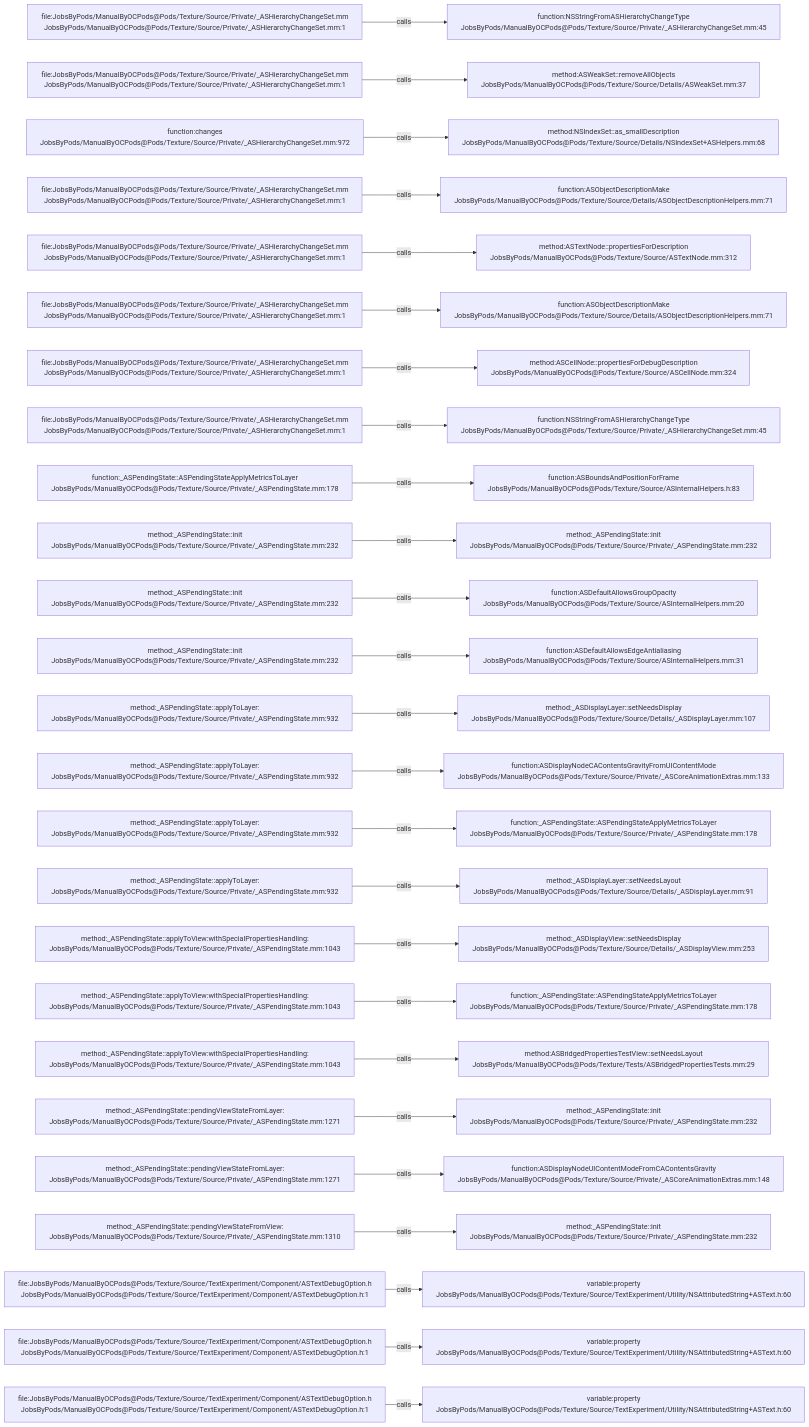
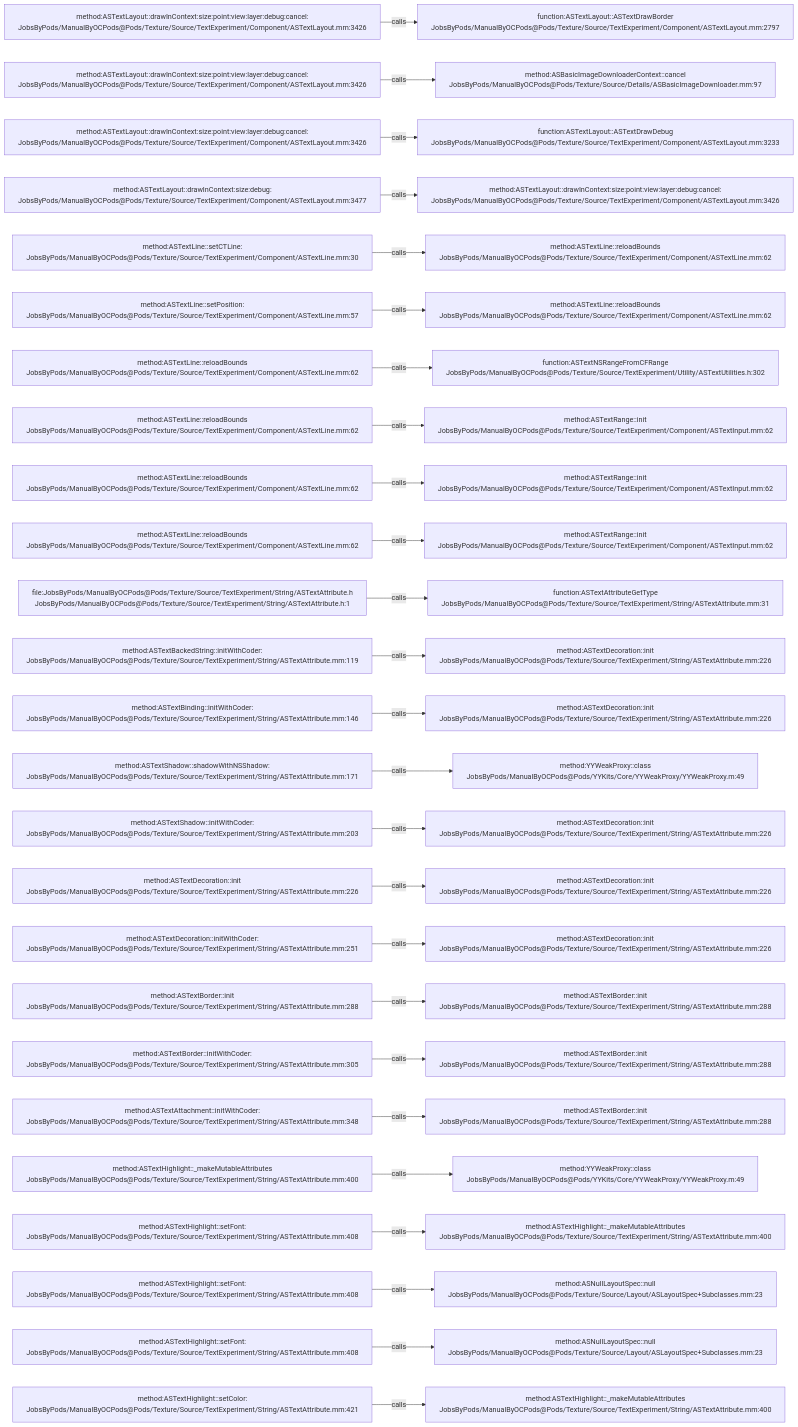
One commit to JobsKits/JobsOCBaseConfigDemo changed the diagram in .codegraph/codegraph.md/graphs/calls-191.md. Above: the diagram before and after it, drawn with Mermaid. The commit also changed 2723 other files, not shown here.

````diff
--- a/.codegraph/codegraph.md/graphs/calls-191.md
+++ b/.codegraph/codegraph.md/graphs/calls-191.md
@@ -13,78 +13,78 @@
 ```mermaid
 flowchart LR
-  S1["file:JobsByPods/ManualByOCPods@Pods/Texture/Source/Private/_ASHierarchyChangeSet.mm<br/>JobsByPods/ManualByOCPods@Pods/Texture/Source/Private/_ASHierarchyChangeSet.mm:1"]
-  T1["function:NSStringFromASHierarchyChangeType<br/>JobsByPods/ManualByOCPods@Pods/Texture/Source/Private/_ASHierarchyChangeSet.mm:45"]
+  S1["method:ASTextLayout::drawInContext:size:point:view:layer:debug:cancel:<br/>JobsByPods/ManualByOCPods@Pods/Texture/Source/TextExperiment/Component/ASTextLayout.mm:3426"]
+  T1["function:ASTextLayout::ASTextDrawBorder<br/>JobsByPods/ManualByOCPods@Pods/Texture/Source/TextExperiment/Component/ASTextLayout.mm:2797"]
   S1 -->|calls| T1
-  S2["file:JobsByPods/ManualByOCPods@Pods/Texture/Source/Private/_ASHierarchyChangeSet.mm<br/>JobsByPods/ManualByOCPods@Pods/Texture/Source/Private/_ASHierarchyChangeSet.mm:1"]
-  T2["method:ASWeakSet::removeAllObjects<br/>JobsByPods/ManualByOCPods@Pods/Texture/Source/Details/ASWeakSet.mm:37"]
+  S2["method:ASTextLayout::drawInContext:size:point:view:layer:debug:cancel:<br/>JobsByPods/ManualByOCPods@Pods/Texture/Source/TextExperiment/Component/ASTextLayout.mm:3426"]
+  T2["method:ASBasicImageDownloaderContext::cancel<br/>JobsByPods/ManualByOCPods@Pods/Texture/Source/Details/ASBasicImageDownloader.mm:97"]
   S2 -->|calls| T2
-  S3["function:changes<br/>JobsByPods/ManualByOCPods@Pods/Texture/Source/Private/_ASHierarchyChangeSet.mm:972"]
-  T3["method:NSIndexSet::as_smallDescription<br/>JobsByPods/ManualByOCPods@Pods/Texture/Source/Details/NSIndexSet+ASHelpers.mm:68"]
+  S3["method:ASTextLayout::drawInContext:size:point:view:layer:debug:cancel:<br/>JobsByPods/ManualByOCPods@Pods/Texture/Source/TextExperiment/Component/ASTextLayout.mm:3426"]
+  T3["function:ASTextLayout::ASTextDrawDebug<br/>JobsByPods/ManualByOCPods@Pods/Texture/Source/TextExperiment/Component/ASTextLayout.mm:3233"]
   S3 -->|calls| T3
-  S4["file:JobsByPods/ManualByOCPods@Pods/Texture/Source/Private/_ASHierarchyChangeSet.mm<br/>JobsByPods/ManualByOCPods@Pods/Texture/Source/Private/_ASHierarchyChangeSet.mm:1"]
-  T4["function:ASObjectDescriptionMake<br/>JobsByPods/ManualByOCPods@Pods/Texture/Source/Details/ASObjectDescriptionHelpers.mm:71"]
+  S4["method:ASTextLayout::drawInContext:size:debug:<br/>JobsByPods/ManualByOCPods@Pods/Texture/Source/TextExperiment/Component/ASTextLayout.mm:3477"]
+  T4["method:ASTextLayout::drawInContext:size:point:view:layer:debug:cancel:<br/>JobsByPods/ManualByOCPods@Pods/Texture/Source/TextExperiment/Component/ASTextLayout.mm:3426"]
   S4 -->|calls| T4
-  S5["file:JobsByPods/ManualByOCPods@Pods/Texture/Source/Private/_ASHierarchyChangeSet.mm<br/>JobsByPods/ManualByOCPods@Pods/Texture/Source/Private/_ASHierarchyChangeSet.mm:1"]
-  T5["method:ASTextNode::propertiesForDescription<br/>JobsByPods/ManualByOCPods@Pods/Texture/Source/ASTextNode.mm:312"]
+  S5["method:ASTextLine::setCTLine:<br/>JobsByPods/ManualByOCPods@Pods/Texture/Source/TextExperiment/Component/ASTextLine.mm:30"]
+  T5["method:ASTextLine::reloadBounds<br/>JobsByPods/ManualByOCPods@Pods/Texture/Source/TextExperiment/Component/ASTextLine.mm:62"]
   S5 -->|calls| T5
-  S6["file:JobsByPods/ManualByOCPods@Pods/Texture/Source/Private/_ASHierarchyChangeSet.mm<br/>JobsByPods/ManualByOCPods@Pods/Texture/Source/Private/_ASHierarchyChangeSet.mm:1"]
-  T6["function:ASObjectDescriptionMake<br/>JobsByPods/ManualByOCPods@Pods/Texture/Source/Details/ASObjectDescriptionHelpers.mm:71"]
+  S6["method:ASTextLine::setPosition:<br/>JobsByPods/ManualByOCPods@Pods/Texture/Source/TextExperiment/Component/ASTextLine.mm:57"]
+  T6["method:ASTextLine::reloadBounds<br/>JobsByPods/ManualByOCPods@Pods/Texture/Source/TextExperiment/Component/ASTextLine.mm:62"]
   S6 -->|calls| T6
-  S7["file:JobsByPods/ManualByOCPods@Pods/Texture/Source/Private/_ASHierarchyChangeSet.mm<br/>JobsByPods/ManualByOCPods@Pods/Texture/Source/Private/_ASHierarchyChangeSet.mm:1"]
-  T7["method:ASCellNode::propertiesForDebugDescription<br/>JobsByPods/ManualByOCPods@Pods/Texture/Source/ASCellNode.mm:324"]
+  S7["method:ASTextLine::reloadBounds<br/>JobsByPods/ManualByOCPods@Pods/Texture/Source/TextExperiment/Component/ASTextLine.mm:62"]
+  T7["function:ASTextNSRangeFromCFRange<br/>JobsByPods/ManualByOCPods@Pods/Texture/Source/TextExperiment/Utility/ASTextUtilities.h:302"]
   S7 -->|calls| T7
-  S8["file:JobsByPods/ManualByOCPods@Pods/Texture/Source/Private/_ASHierarchyChangeSet.mm<br/>JobsByPods/ManualByOCPods@Pods/Texture/Source/Private/_ASHierarchyChangeSet.mm:1"]
-  T8["function:NSStringFromASHierarchyChangeType<br/>JobsByPods/ManualByOCPods@Pods/Texture/Source/Private/_ASHierarchyChangeSet.mm:45"]
+  S8["method:ASTextLine::reloadBounds<br/>JobsByPods/ManualByOCPods@Pods/Texture/Source/TextExperiment/Component/ASTextLine.mm:62"]
+  T8["method:ASTextRange::init<br/>JobsByPods/ManualByOCPods@Pods/Texture/Source/TextExperiment/Component/ASTextInput.mm:62"]
   S8 -->|calls| T8
-  S9["function:_ASPendingState::ASPendingStateApplyMetricsToLayer<br/>JobsByPods/ManualByOCPods@Pods/Texture/Source/Private/_ASPendingState.mm:178"]
-  T9["function:ASBoundsAndPositionForFrame<br/>JobsByPods/ManualByOCPods@Pods/Texture/Source/ASInternalHelpers.h:83"]
+  S9["method:ASTextLine::reloadBounds<br/>JobsByPods/ManualByOCPods@Pods/Texture/Source/TextExperiment/Component/ASTextLine.mm:62"]
+  T9["method:ASTextRange::init<br/>JobsByPods/ManualByOCPods@Pods/Texture/Source/TextExperiment/Component/ASTextInput.mm:62"]
   S9 -->|calls| T9
-  S10["method:_ASPendingState::init<br/>JobsByPods/ManualByOCPods@Pods/Texture/Source/Private/_ASPendingState.mm:232"]
-  T10["method:_ASPendingState::init<br/>JobsByPods/ManualByOCPods@Pods/Texture/Source/Private/_ASPendingState.mm:232"]
+  S10["method:ASTextLine::reloadBounds<br/>JobsByPods/ManualByOCPods@Pods/Texture/Source/TextExperiment/Component/ASTextLine.mm:62"]
+  T10["method:ASTextRange::init<br/>JobsByPods/ManualByOCPods@Pods/Texture/Source/TextExperiment/Component/ASTextInput.mm:62"]
   S10 -->|calls| T10
-  S11["method:_ASPendingState::init<br/>JobsByPods/ManualByOCPods@Pods/Texture/Source/Private/_ASPendingState.mm:232"]
-  T11["function:ASDefaultAllowsGroupOpacity<br/>JobsByPods/ManualByOCPods@Pods/Texture/Source/ASInternalHelpers.mm:20"]
+  S11["file:JobsByPods/ManualByOCPods@Pods/Texture/Source/TextExperiment/String/ASTextAttribute.h<br/>JobsByPods/ManualByOCPods@Pods/Texture/Source/TextExperiment/String/ASTextAttribute.h:1"]
+  T11["function:ASTextAttributeGetType<br/>JobsByPods/ManualByOCPods@Pods/Texture/Source/TextExperiment/String/ASTextAttribute.mm:31"]
   S11 -->|calls| T11
-  S12["method:_ASPendingState::init<br/>JobsByPods/ManualByOCPods@Pods/Texture/Source/Private/_ASPendingState.mm:232"]
-  T12["function:ASDefaultAllowsEdgeAntialiasing<br/>JobsByPods/ManualByOCPods@Pods/Texture/Source/ASInternalHelpers.mm:31"]
+  S12["method:ASTextBackedString::initWithCoder:<br/>JobsByPods/ManualByOCPods@Pods/Texture/Source/TextExperiment/String/ASTextAttribute.mm:119"]
+  T12["method:ASTextDecoration::init<br/>JobsByPods/ManualByOCPods@Pods/Texture/Source/TextExperiment/String/ASTextAttribute.mm:226"]
   S12 -->|calls| T12
-  S13["method:_ASPendingState::applyToLayer:<br/>JobsByPods/ManualByOCPods@Pods/Texture/Source/Private/_ASPendingState.mm:932"]
-  T13["method:_ASDisplayLayer::setNeedsDisplay<br/>JobsByPods/ManualByOCPods@Pods/Texture/Source/Details/_ASDisplayLayer.mm:107"]
+  S13["method:ASTextBinding::initWithCoder:<br/>JobsByPods/ManualByOCPods@Pods/Texture/Source/TextExperiment/String/ASTextAttribute.mm:146"]
+  T13["method:ASTextDecoration::init<br/>JobsByPods/ManualByOCPods@Pods/Texture/Source/TextExperiment/String/ASTextAttribute.mm:226"]
   S13 -->|calls| T13
-  S14["method:_ASPendingState::applyToLayer:<br/>JobsByPods/ManualByOCPods@Pods/Texture/Source/Private/_ASPendingState.mm:932"]
-  T14["function:ASDisplayNodeCAContentsGravityFromUIContentMode<br/>JobsByPods/ManualByOCPods@Pods/Texture/Source/Private/_ASCoreAnimationExtras.mm:133"]
+  S14["method:ASTextShadow::shadowWithNSShadow:<br/>JobsByPods/ManualByOCPods@Pods/Texture/Source/TextExperiment/String/ASTextAttribute.mm:171"]
+  T14["method:YYWeakProxy::class<br/>JobsByPods/ManualByOCPods@Pods/YYKits/Core/YYWeakProxy/YYWeakProxy.m:49"]
   S14 -->|calls| T14
-  S15["method:_ASPendingState::applyToLayer:<br/>JobsByPods/ManualByOCPods@Pods/Texture/Source/Private/_ASPendingState.mm:932"]
-  T15["function:_ASPendingState::ASPendingStateApplyMetricsToLayer<br/>JobsByPods/ManualByOCPods@Pods/Texture/Source/Private/_ASPendingState.mm:178"]
+  S15["method:ASTextShadow::initWithCoder:<br/>JobsByPods/ManualByOCPods@Pods/Texture/Source/TextExperiment/String/ASTextAttribute.mm:203"]
+  T15["method:ASTextDecoration::init<br/>JobsByPods/ManualByOCPods@Pods/Texture/Source/TextExperiment/String/ASTextAttribute.mm:226"]
   S15 -->|calls| T15
-  S16["method:_ASPendingState::applyToLayer:<br/>JobsByPods/ManualByOCPods@Pods/Texture/Source/Private/_ASPendingState.mm:932"]
-  T16["method:_ASDisplayLayer::setNeedsLayout<br/>JobsByPods/ManualByOCPods@Pods/Texture/Source/Details/_ASDisplayLayer.mm:91"]
+  S16["method:ASTextDecoration::init<br/>JobsByPods/ManualByOCPods@Pods/Texture/Source/TextExperiment/String/ASTextAttribute.mm:226"]
+  T16["method:ASTextDecoration::init<br/>JobsByPods/ManualByOCPods@Pods/Texture/Source/TextExperiment/String/ASTextAttribute.mm:226"]
   S16 -->|calls| T16
-  S17["method:_ASPendingState::applyToView:withSpecialPropertiesHandling:<br/>JobsByPods/ManualByOCPods@Pods/Texture/Source/Private/_ASPendingState.mm:1043"]
-  T17["method:_ASDisplayView::setNeedsDisplay<br/>JobsByPods/ManualByOCPods@Pods/Texture/Source/Details/_ASDisplayView.mm:253"]
+  S17["method:ASTextDecoration::initWithCoder:<br/>JobsByPods/ManualByOCPods@Pods/Texture/Source/TextExperiment/String/ASTextAttribute.mm:251"]
+  T17["method:ASTextDecoration::init<br/>JobsByPods/ManualByOCPods@Pods/Texture/Source/TextExperiment/String/ASTextAttribute.mm:226"]
   S17 -->|calls| T17
-  S18["method:_ASPendingState::applyToView:withSpecialPropertiesHandling:<br/>JobsByPods/ManualByOCPods@Pods/Texture/Source/Private/_ASPendingState.mm:1043"]
-  T18["function:_ASPendingState::ASPendingStateApplyMetricsToLayer<br/>JobsByPods/ManualByOCPods@Pods/Texture/Source/Private/_ASPendingState.mm:178"]
+  S18["method:ASTextBorder::init<br/>JobsByPods/ManualByOCPods@Pods/Texture/Source/TextExperiment/String/ASTextAttribute.mm:288"]
+  T18["method:ASTextBorder::init<br/>JobsByPods/ManualByOCPods@Pods/Texture/Source/TextExperiment/String/ASTextAttribute.mm:288"]
   S18 -->|calls| T18
-  S19["method:_ASPendingState::applyToView:withSpecialPropertiesHandling:<br/>JobsByPods/ManualByOCPods@Pods/Texture/Source/Private/_ASPendingState.mm:1043"]
-  T19["method:ASBridgedPropertiesTestView::setNeedsLayout<br/>JobsByPods/ManualByOCPods@Pods/Texture/Tests/ASBridgedPropertiesTests.mm:29"]
+  S19["method:ASTextBorder::initWithCoder:<br/>JobsByPods/ManualByOCPods@Pods/Texture/Source/TextExperiment/String/ASTextAttribute.mm:305"]
+  T19["method:ASTextBorder::init<br/>JobsByPods/ManualByOCPods@Pods/Texture/Source/TextExperiment/String/ASTextAttribute.mm:288"]
   S19 -->|calls| T19
-  S20["method:_ASPendingState::pendingViewStateFromLayer:<br/>JobsByPods/ManualByOCPods@Pods/Texture/Source/Private/_ASPendingState.mm:1271"]
-  T20["method:_ASPendingState::init<br/>JobsByPods/ManualByOCPods@Pods/Texture/Source/Private/_ASPendingState.mm:232"]
+  S20["method:ASTextAttachment::initWithCoder:<br/>JobsByPods/ManualByOCPods@Pods/Texture/Source/TextExperiment/String/ASTextAttribute.mm:348"]
+  T20["method:ASTextBorder::init<br/>JobsByPods/ManualByOCPods@Pods/Texture/Source/TextExperiment/String/ASTextAttribute.mm:288"]
   S20 -->|calls| T20
-  S21["method:_ASPendingState::pendingViewStateFromLayer:<br/>JobsByPods/ManualByOCPods@Pods/Texture/Source/Private/_ASPendingState.mm:1271"]
-  T21["function:ASDisplayNodeUIContentModeFromCAContentsGravity<br/>JobsByPods/ManualByOCPods@Pods/Texture/Source/Private/_ASCoreAnimationExtras.mm:148"]
+  S21["method:ASTextHighlight::_makeMutableAttributes<br/>JobsByPods/ManualByOCPods@Pods/Texture/Source/TextExperiment/String/ASTextAttribute.mm:400"]
+  T21["method:YYWeakProxy::class<br/>JobsByPods/ManualByOCPods@Pods/YYKits/Core/YYWeakProxy/YYWeakProxy.m:49"]
   S21 -->|calls| T21
-  S22["method:_ASPendingState::pendingViewStateFromView:<br/>JobsByPods/ManualByOCPods@Pods/Texture/Source/Private/_ASPendingState.mm:1310"]
-  T22["method:_ASPendingState::init<br/>JobsByPods/ManualByOCPods@Pods/Texture/Source/Private/_ASPendingState.mm:232"]
+  S22["method:ASTextHighlight::setFont:<br/>JobsByPods/ManualByOCPods@Pods/Texture/Source/TextExperiment/String/ASTextAttribute.mm:408"]
+  T22["method:ASTextHighlight::_makeMutableAttributes<br/>JobsByPods/ManualByOCPods@Pods/Texture/Source/TextExperiment/String/ASTextAttribute.mm:400"]
   S22 -->|calls| T22
-  S23["file:JobsByPods/ManualByOCPods@Pods/Texture/Source/TextExperiment/Component/ASTextDebugOption.h<br/>JobsByPods/ManualByOCPods@Pods/Texture/Source/TextExperiment/Component/ASTextDebugOption.h:1"]
-  T23["variable:property<br/>JobsByPods/ManualByOCPods@Pods/Texture/Source/TextExperiment/Utility/NSAttributedString+ASText.h:60"]
+  S23["method:ASTextHighlight::setFont:<br/>JobsByPods/ManualByOCPods@Pods/Texture/Source/TextExperiment/String/ASTextAttribute.mm:408"]
+  T23["method:ASNullLayoutSpec::null<br/>JobsByPods/ManualByOCPods@Pods/Texture/Source/Layout/ASLayoutSpec+Subclasses.mm:23"]
   S23 -->|calls| T23
-  S24["file:JobsByPods/ManualByOCPods@Pods/Texture/Source/TextExperiment/Component/ASTextDebugOption.h<br/>JobsByPods/ManualByOCPods@Pods/Texture/Source/TextExperiment/Component/ASTextDebugOption.h:1"]
-  T24["variable:property<br/>JobsByPods/ManualByOCPods@Pods/Texture/Source/TextExperiment/Utility/NSAttributedString+ASText.h:60"]
+  S24["method:ASTextHighlight::setFont:<br/>JobsByPods/ManualByOCPods@Pods/Texture/Source/TextExperiment/String/ASTextAttribute.mm:408"]
+  T24["method:ASNullLayoutSpec::null<br/>JobsByPods/ManualByOCPods@Pods/Texture/Source/Layout/ASLayoutSpec+Subclasses.mm:23"]
   S24 -->|calls| T24
-  S25["file:JobsByPods/ManualByOCPods@Pods/Texture/Source/TextExperiment/Component/ASTextDebugOption.h<br/>JobsByPods/ManualByOCPods@Pods/Texture/Source/TextExperiment/Component/ASTextDebugOption.h:1"]
-  T25["variable:property<br/>JobsByPods/ManualByOCPods@Pods/Texture/Source/TextExperiment/Utility/NSAttributedString+ASText.h:60"]
+  S25["method:ASTextHighlight::setColor:<br/>JobsByPods/ManualByOCPods@Pods/Texture/Source/TextExperiment/String/ASTextAttribute.mm:421"]
+  T25["method:ASTextHighlight::_makeMutableAttributes<br/>JobsByPods/ManualByOCPods@Pods/Texture/Source/TextExperiment/String/ASTextAttribute.mm:400"]
   S25 -->|calls| T25
 ```
````
